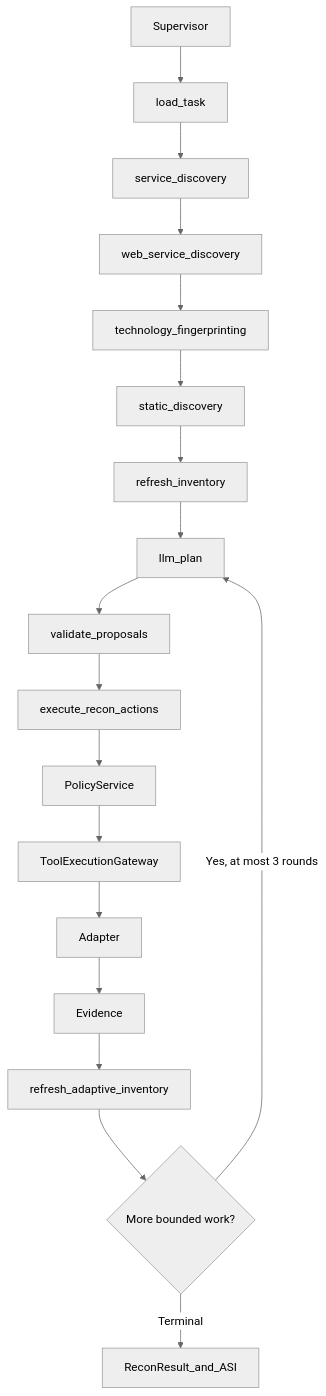
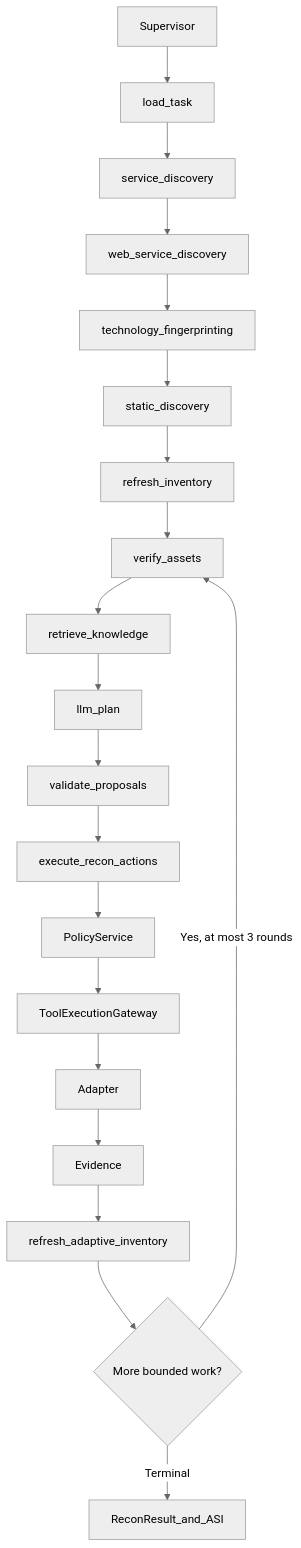
Before and after one commit to htungf211004/Agent_recon: the diagram in docs/recon-bounded-adaptive.md, drawn with Mermaid (neutral theme). The commit also changed other lines of this file and 64 other files, not shown here.

````diff
--- a/docs/recon-bounded-adaptive.md
+++ b/docs/recon-bounded-adaptive.md
@@ -12,20 +14,22 @@
 ```mermaid
 flowchart TD
   Supervisor --> load_task
   load_task --> service_discovery
   service_discovery --> web_service_discovery
   web_service_discovery --> technology_fingerprinting
   technology_fingerprinting --> static_discovery
   static_discovery --> refresh_inventory
-  refresh_inventory --> llm_plan
+  refresh_inventory --> verify_assets
+  verify_assets --> retrieve_knowledge
+  retrieve_knowledge --> llm_plan
   llm_plan --> validate_proposals
   validate_proposals --> execute_recon_actions
   execute_recon_actions --> PolicyService
   PolicyService --> ToolExecutionGateway
   ToolExecutionGateway --> Adapter
   Adapter --> Evidence
   Evidence --> refresh_adaptive_inventory
   refresh_adaptive_inventory --> should_continue{More bounded work?}
-  should_continue -->|Yes, at most 3 rounds| llm_plan
+  should_continue -->|Yes, at most 3 rounds| verify_assets
   should_continue -->|Terminal| ReconResult_and_ASI
 ```
````
